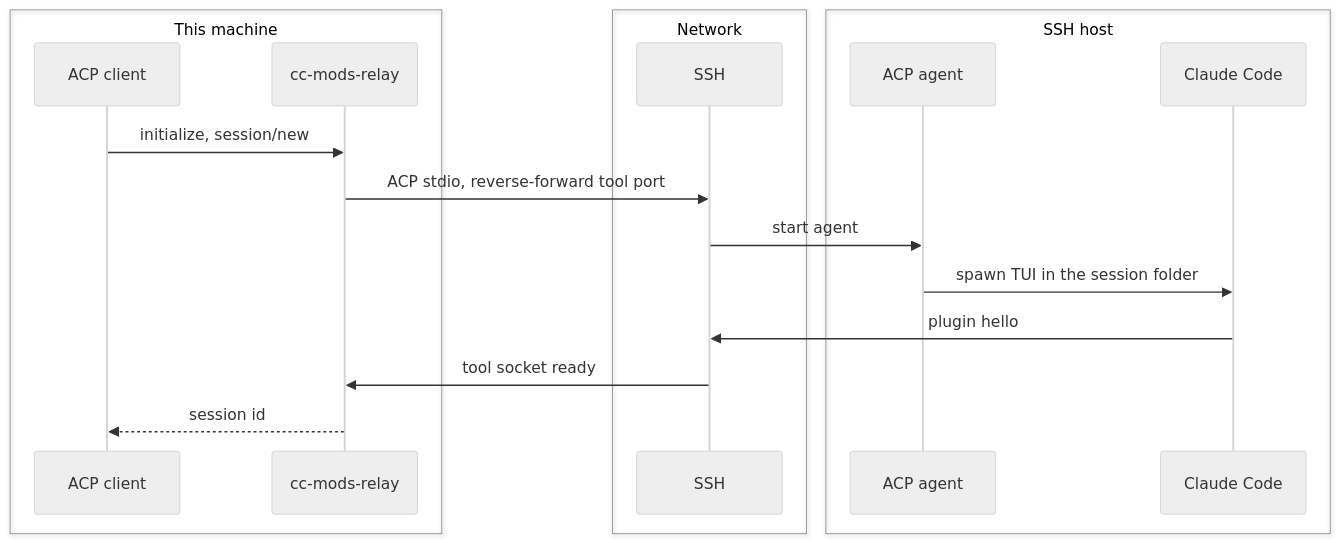
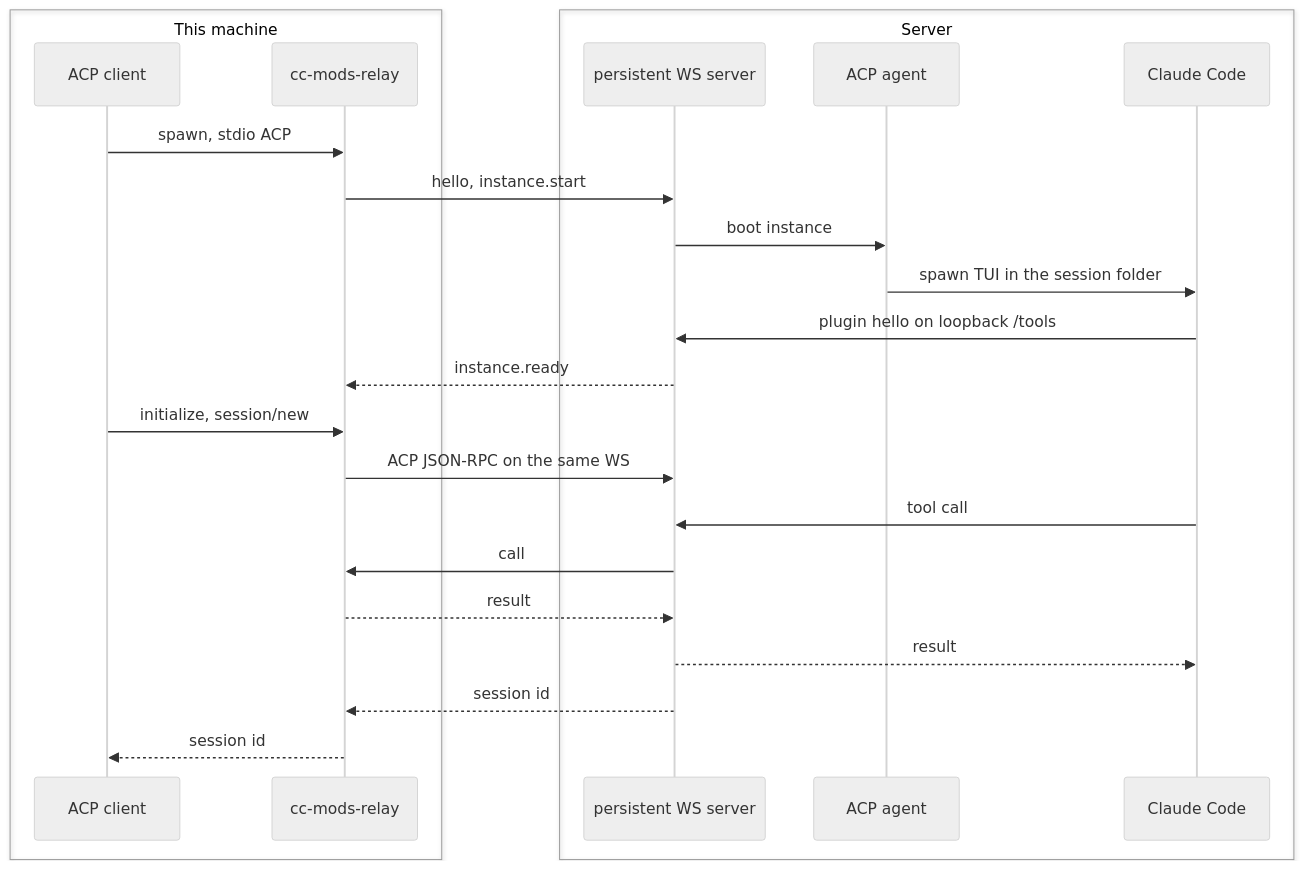
Before and after one commit to xesrevinu/cc-mods-relay: the second of 2 diagrams in README.md, drawn with Mermaid (neutral theme). The commit also changed other lines of this file and 59 other files, not shown here.

First line of the commit message:
Replace SSH with a persistent WebSocket server and stop forging Claude's Environment.

````diff
--- a/README.md
+++ b/README.md
@@ -32,21 +35,26 @@
 ```mermaid
 sequenceDiagram
   box This machine
     participant Client as ACP client
-    participant Relay as cc-mods-relay
+    participant Shim as cc-mods-relay
   end
-  box Network
-    participant SSH as SSH
-  end
-  box SSH host
+  box Server
+    participant Server as persistent WS server
     participant Agent as ACP agent
     participant TUI as Claude Code
   end
-  Client->>Relay: initialize, session/new
-  Relay->>SSH: ACP stdio, reverse-forward tool port
-  SSH->>Agent: start agent
+  Client->>Shim: spawn, stdio ACP
+  Shim->>Server: hello, instance.start
+  Server->>Agent: boot instance
   Agent->>TUI: spawn TUI in the session folder
-  TUI->>SSH: plugin hello
-  SSH->>Relay: tool socket ready
-  Relay-->>Client: session id
+  TUI->>Server: plugin hello on loopback /tools
+  Server-->>Shim: instance.ready
+  Client->>Shim: initialize, session/new
+  Shim->>Server: ACP JSON-RPC on the same WS
+  TUI->>Server: tool call
+  Server->>Shim: call
+  Shim-->>Server: result
+  Server-->>TUI: result
+  Server-->>Shim: session id
+  Shim-->>Client: session id
 ```
````
